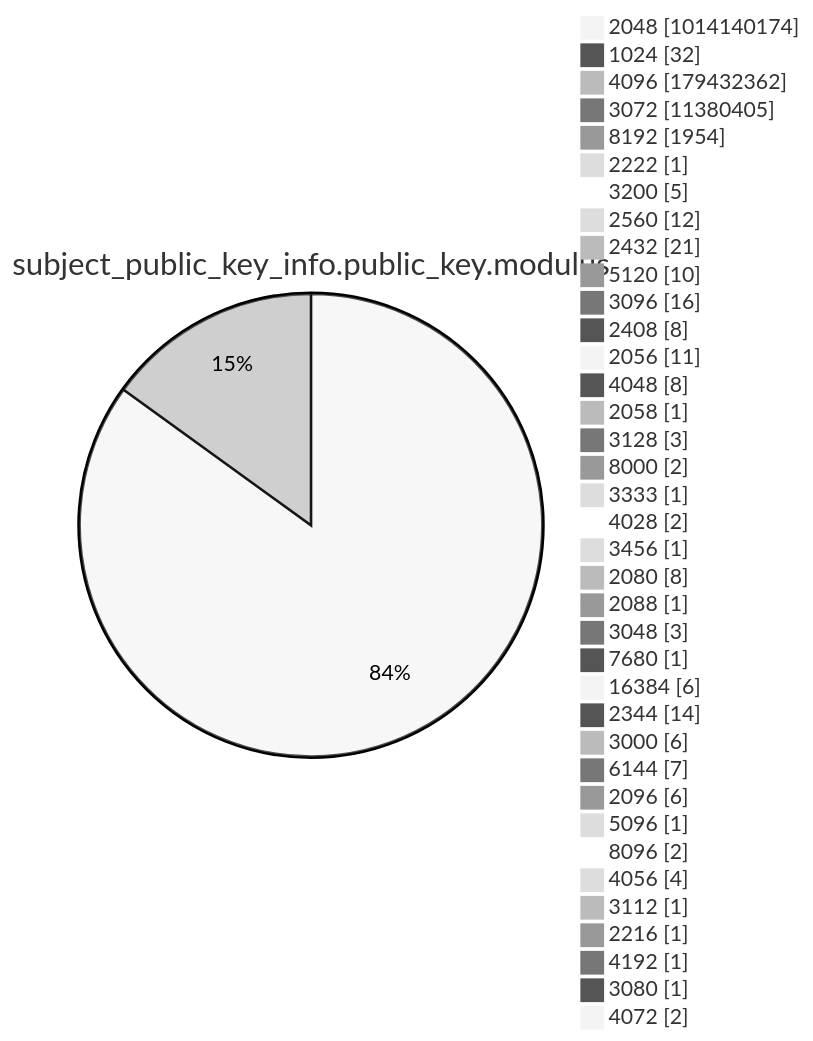
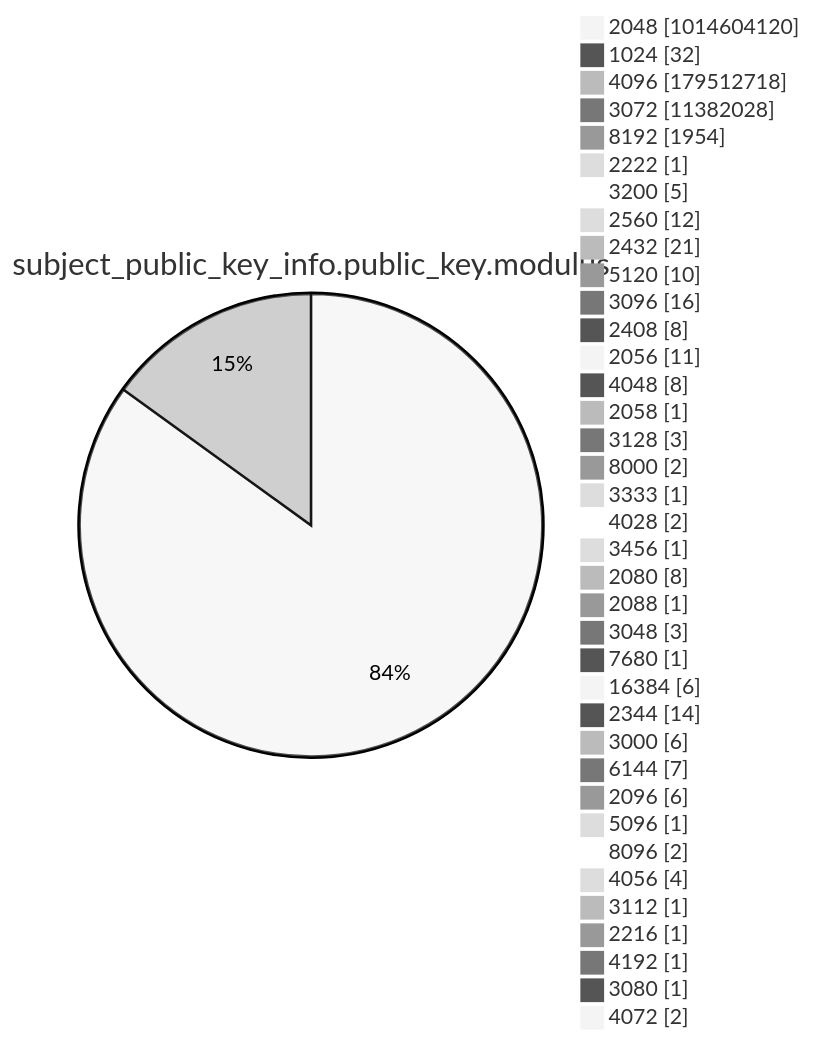
Diagram 13 of 15 in argon2022/README.md (christiankrug/ctmonitor_visualization), drawn with Mermaid (neutral theme) before and after one commit. The commit also changed other lines of this file, not shown here.

````diff
--- a/argon2022/README.md
+++ b/argon2022/README.md
@@ -3588,41 +3588,41 @@
 ```mermaid
 pie showData
 title subject_public_key_info.public_key.modulus
-"2048" :1014140174
+"2048" :1014604120
 "1024" :32
-"4096" :179432362
-"3072" :11380405
+"4096" :179512718
+"3072" :11382028
 "8192" :1954
 "2222" :1
 "3200" :5
 "2560" :12
 "2432" :21
 "5120" :10
 "3096" :16
 "2408" :8
 "2056" :11
 "4048" :8
 "2058" :1
 "3128" :3
 "8000" :2
 "3333" :1
 "4028" :2
 "3456" :1
 "2080" :8
 "2088" :1
 "3048" :3
 "7680" :1
 "16384" :6
 "2344" :14
 "3000" :6
 "6144" :7
 "2096" :6
 "5096" :1
 "8096" :2
 "4056" :4
 "3112" :1
 "2216" :1
 "4192" :1
 "3080" :1
 "4072" :2
 ```
````
